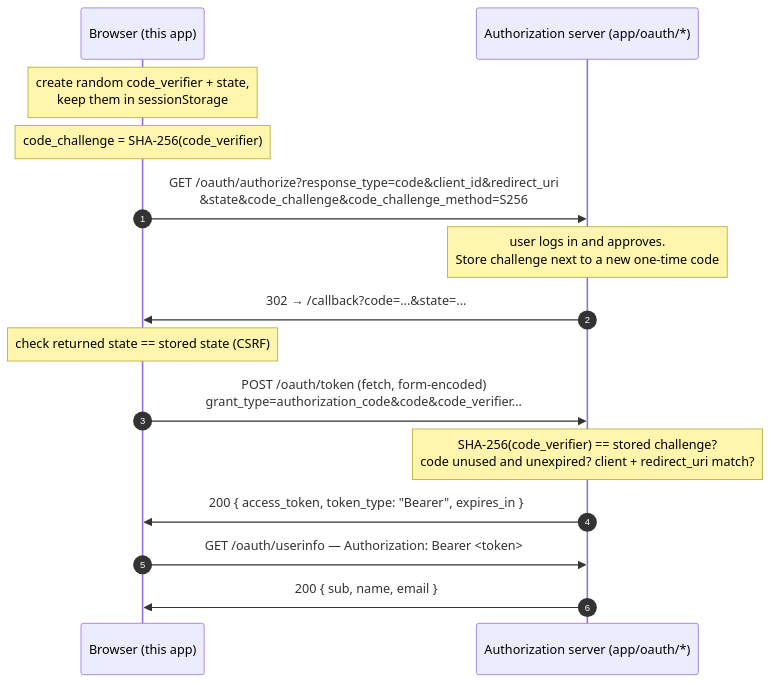
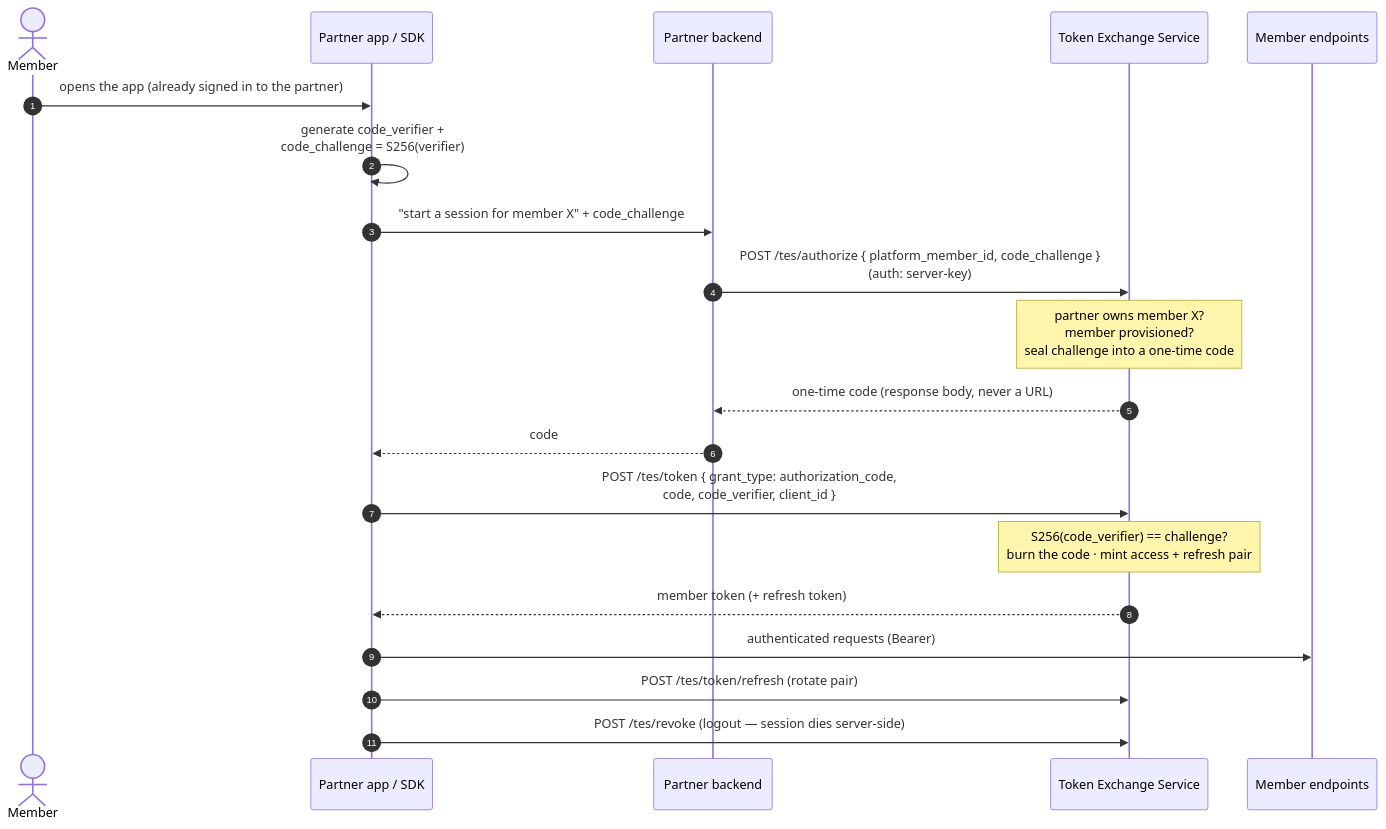
One commit to juanda2222/nextjs-oauth2-pkce changed the diagram in README.md. Above: the diagram before and after it, drawn with Mermaid. The commit also changed other lines of this file and 22 other files, not shown here.

````diff
--- a/README.md
+++ b/README.md
@@ -58,18 +76,23 @@
 ```mermaid
 sequenceDiagram
     autonumber
-    participant B as Browser (this app)
-    participant P as Authorization server (app/oauth/*)
+    actor Member
+    participant App as Partner app / SDK
+    participant Backend as Partner backend
+    participant TES as Token Exchange Service
+    participant API as Member endpoints
 
-    Note over B: create random code_verifier + state,<br/>keep them in sessionStorage
-    Note over B: code_challenge = SHA-256(code_verifier)
-    B->>P: GET /oauth/authorize?response_type=code&client_id&redirect_uri<br/>&state&code_challenge&code_challenge_method=S256
-    Note over P: user logs in and approves.<br/>Store challenge next to a new one-time code
-    P->>B: 302 → /callback?code=...&state=...
-    Note over B: check returned state == stored state (CSRF)
-    B->>P: POST /oauth/token (fetch, form-encoded)<br/>grant_type=authorization_code&code&code_verifier...
-    Note over P: SHA-256(code_verifier) == stored challenge?<br/>code unused and unexpired? client + redirect_uri match?
-    P->>B: 200 { access_token, token_type: "Bearer", expires_in }
-    B->>P: GET /oauth/userinfo — Authorization: Bearer <token>
-    P->>B: 200 { sub, name, email }
+    Member->>App: opens the app (already signed in to the partner)
+    App->>App: generate code_verifier +<br/>code_challenge = S256(verifier)
+    App->>Backend: "start a session for member X" + code_challenge
+    Backend->>TES: POST /tes/authorize { platform_member_id, code_challenge }<br/>(auth: server-key)
+    Note over TES: partner owns member X?<br/>member provisioned?<br/>seal challenge into a one-time code
+    TES-->>Backend: one-time code (response body, never a URL)
+    Backend-->>App: code
+    App->>TES: POST /tes/token { grant_type: authorization_code,<br/>code, code_verifier, client_id }
+    Note over TES: S256(code_verifier) == challenge?<br/>burn the code · mint access + refresh pair
+    TES-->>App: member token (+ refresh token)
+    App->>API: authenticated requests (Bearer)
+    App->>TES: POST /tes/token/refresh (rotate pair)
+    App->>TES: POST /tes/revoke (logout — session dies server-side)
 ```
````
